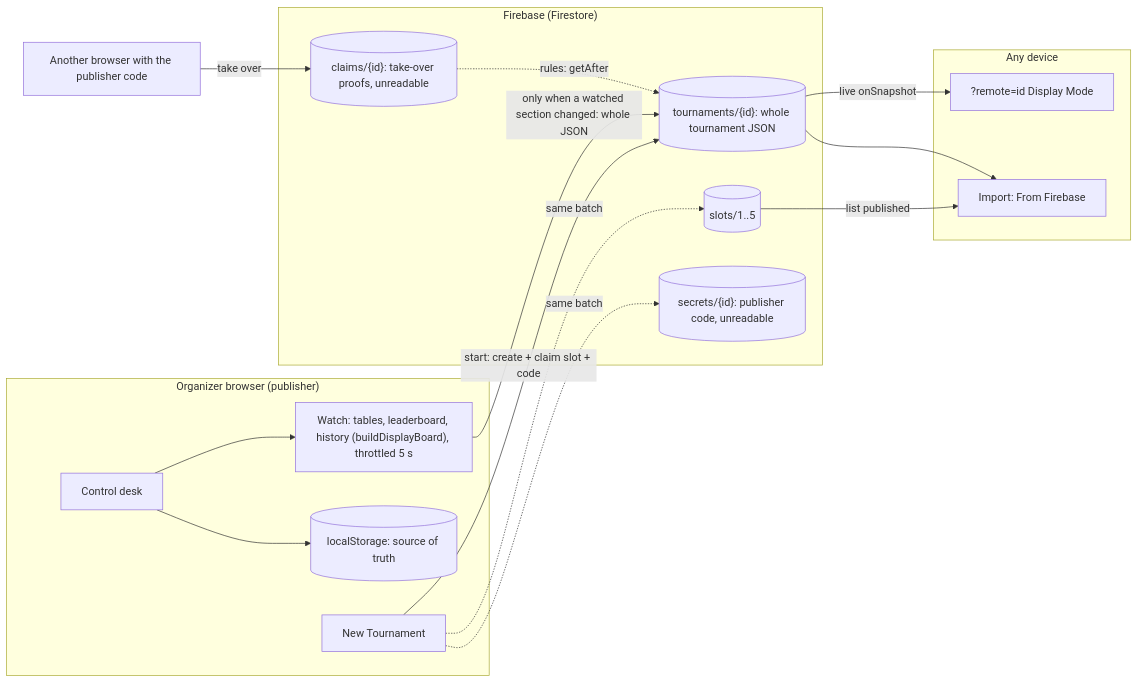
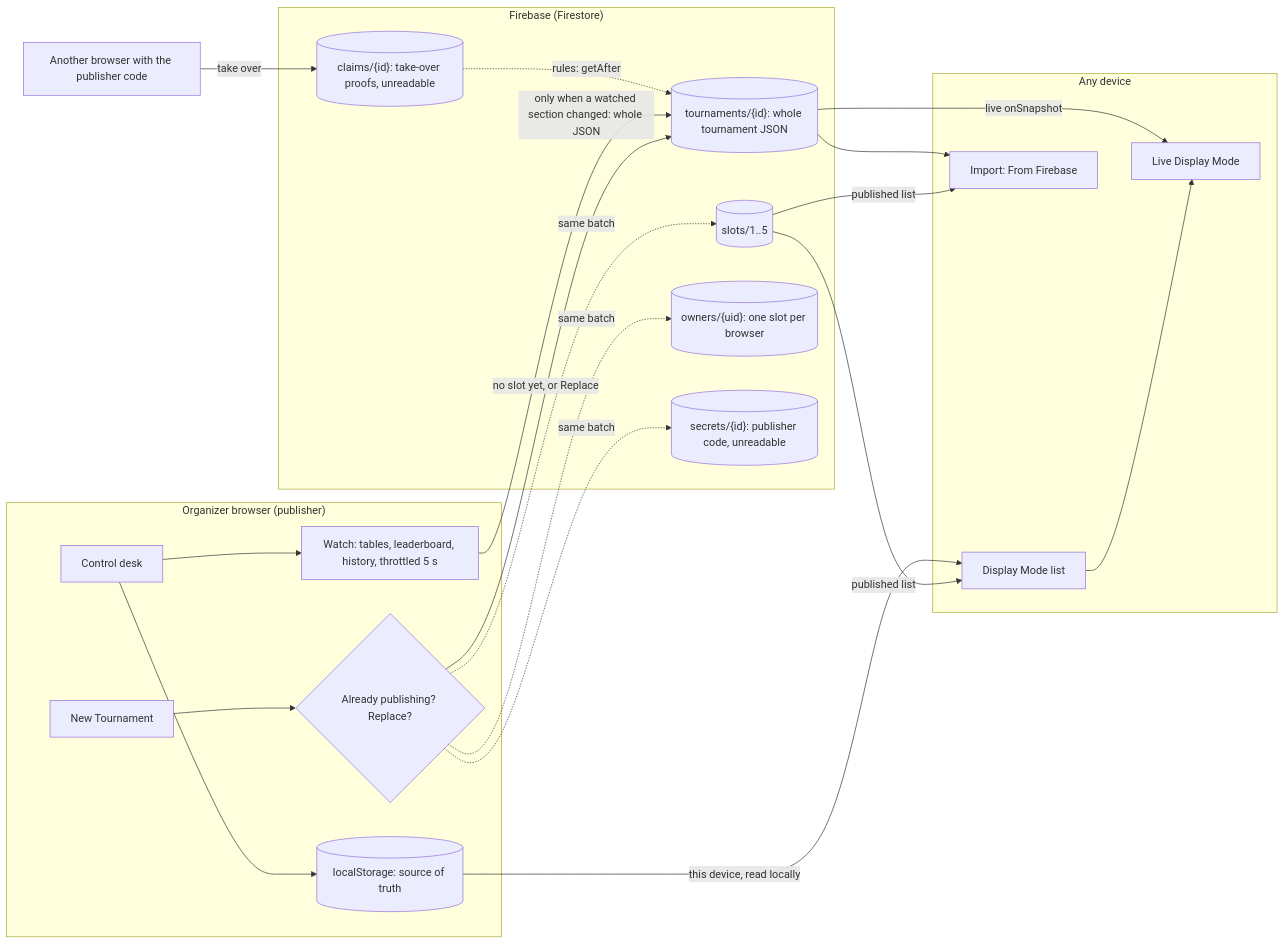
Before and after one commit to DT209/foos-tourney: the first of 2 diagrams in docs/firebase-plan.md, drawn with Mermaid. The commit also changed other lines of this file, not shown here.

First line of the commit message:
Firebase plan: one slot per browser with replace, paid flags, Display Mode list

````diff
--- a/docs/firebase-plan.md
+++ b/docs/firebase-plan.md
@@ -60,30 +66,38 @@
 ```mermaid
 flowchart LR
     subgraph Desk["Organizer browser (publisher)"]
         NT["New Tournament"]
+        ASK{"Already publishing? Replace?"}
         LS[("localStorage: source of truth")]
         APP["Control desk"]
-        W["Watch: tables, leaderboard, history (buildDisplayBoard), throttled 5 s"]
+        W["Watch: tables, leaderboard, history, throttled 5 s"]
     end
     subgraph FB["Firebase (Firestore)"]
         T[("tournaments/{id}: whole tournament JSON")]
         S[("slots/1..5")]
+        O[("owners/{uid}: one slot per browser")]
         SEC[("secrets/{id}: publisher code, unreadable")]
         CL[("claims/{id}: take-over proofs, unreadable")]
     end
     subgraph Listeners["Any device"]
-        TV["?remote=id Display Mode"]
+        PICK["Display Mode list"]
+        TV["Live Display Mode"]
         IMP["Import: From Firebase"]
     end
-    NT -->|"start: create + claim slot + code"| T
-    NT -.->|"same batch"| S
-    NT -.->|"same batch"| SEC
+    NT --> ASK
+    ASK -->|"no slot yet, or Replace"| T
+    ASK -.->|"same batch"| S
+    ASK -.->|"same batch"| O
+    ASK -.->|"same batch"| SEC
     APP --> LS
     APP --> W
     W -->|"only when a watched section changed: whole JSON"| T
+    S -->|"published list"| PICK
+    LS -->|"this device, read locally"| PICK
+    PICK --> TV
     T -->|"live onSnapshot"| TV
-    S -->|"list published"| IMP
+    S -->|"published list"| IMP
     T --> IMP
     NEW["Another browser with the publisher code"] -->|"take over"| CL
     CL -.->|"rules: getAfter"| T
 ```
````
